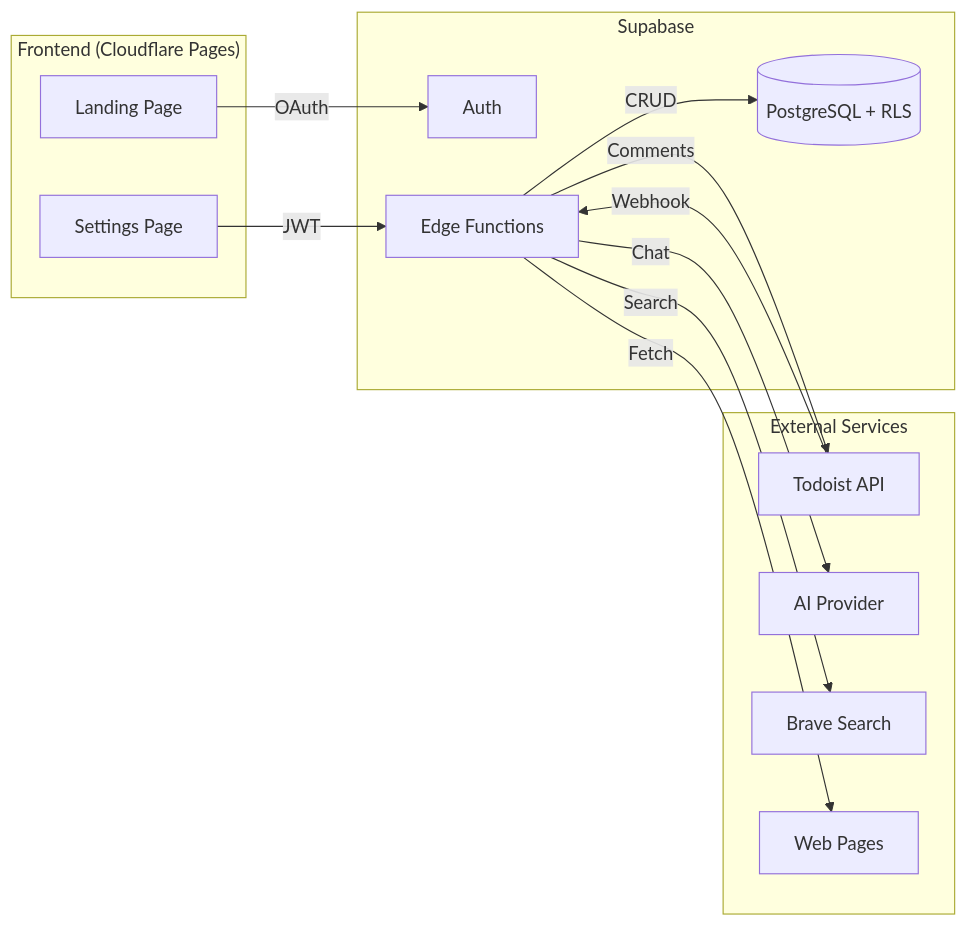
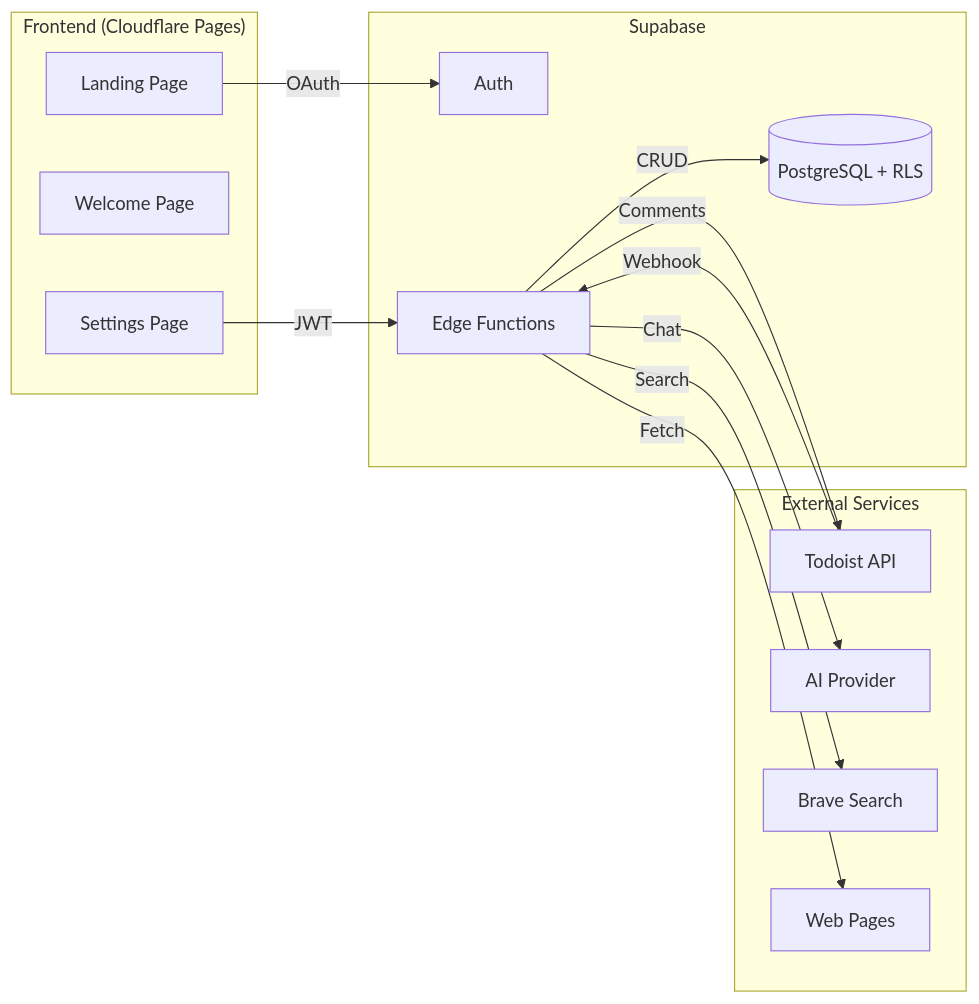
One commit to viktor-svirsky/todoist-ai-agent changed the second of 2 diagrams in README.md. Above: the diagram before and after it, drawn with Mermaid. The commit also changed other lines of this file and 13 other files, not shown here.

First line of the commit message:
feat: onboarding welcome page and settings redesign (#214)

````diff
--- a/README.md
+++ b/README.md
@@ -79,29 +79,30 @@
 ```mermaid
 graph LR
     subgraph Frontend ["Frontend (Cloudflare Pages)"]
         LP[Landing Page]
+        WP2[Welcome Page]
         SP[Settings Page]
     end
 
     subgraph Supabase ["Supabase"]
         Auth[Auth]
         DB[(PostgreSQL + RLS)]
         EF[Edge Functions]
     end
 
     subgraph External ["External Services"]
         TD[Todoist API]
         AI[AI Provider]
         BS[Brave Search]
         WP[Web Pages]
     end
 
     LP -->|OAuth| Auth
     SP -->|JWT| EF
     TD -->|Webhook| EF
     EF -->|CRUD| DB
     EF -->|Chat| AI
     EF -->|Search| BS
     EF -->|Fetch| WP
     EF -->|Comments| TD
 ```
````
